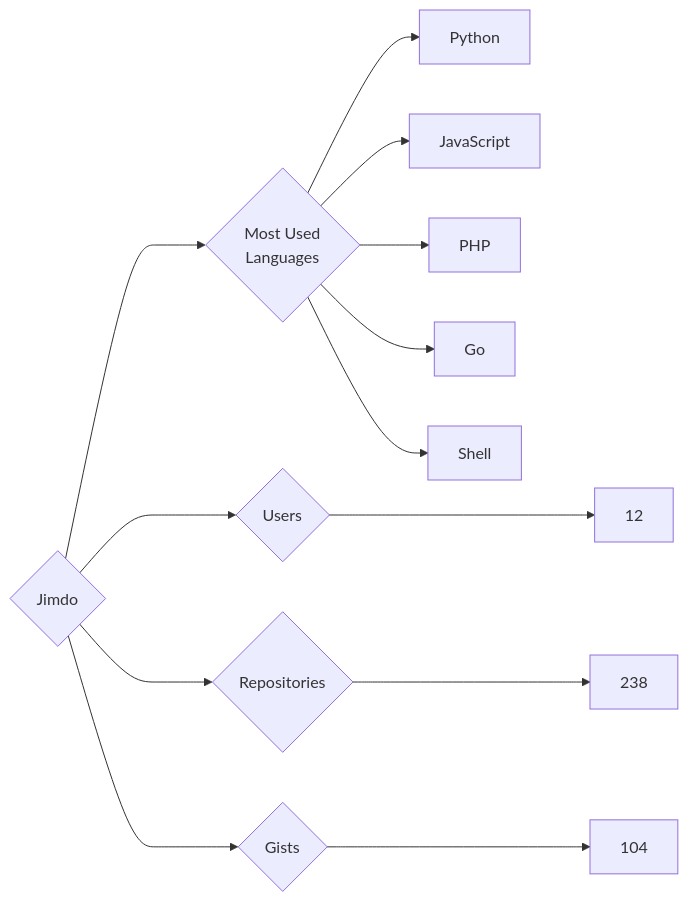
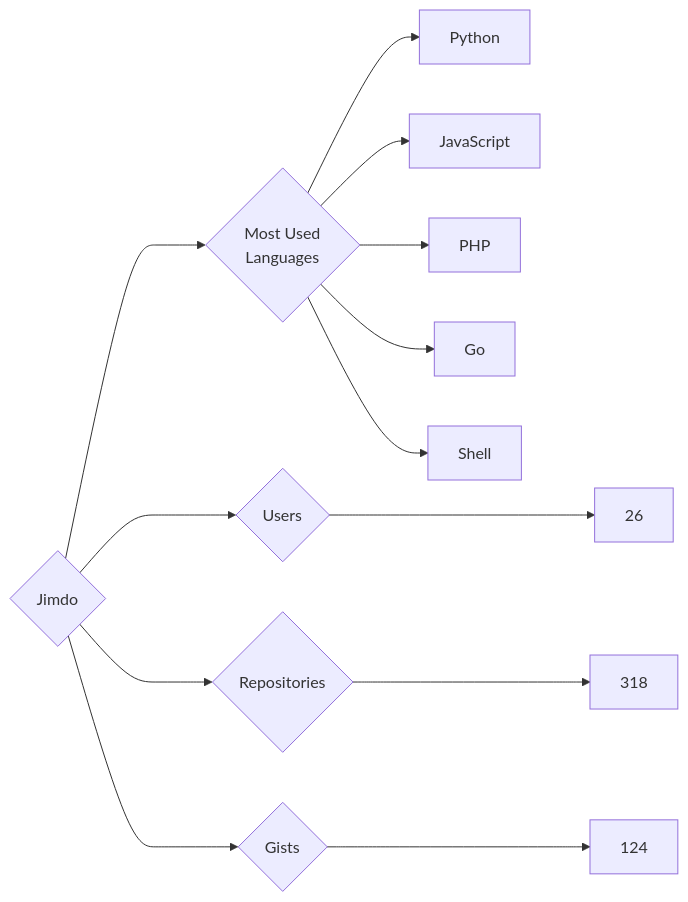
One commit to trickest/insiders changed the diagram in targets/Jimdo/README.md. Above: the diagram before and after it, drawn with Mermaid. The commit also changed 900 other files, not shown here.

````diff
--- a/targets/Jimdo/README.md
+++ b/targets/Jimdo/README.md
@@ -3,13 +3,13 @@
 ```mermaid
 graph LR
 COMPANY_NAME{Jimdo}
-COMPANY_NAME ---> U{Users} ---> UN[12]
-COMPANY_NAME ---> R{Repositories} ---> RN[238]
-COMPANY_NAME ---> G{Gists} ---> GN[104]
+COMPANY_NAME ---> U{Users} ---> UN[26]
+COMPANY_NAME ---> R{Repositories} ---> RN[318]
+COMPANY_NAME ---> G{Gists} ---> GN[124]
 COMPANY_NAME ---> ML{Most Used<br>Languages}
 ML --> Python[Python]
 ML --> JavaScript[JavaScript]
 ML --> PHP[PHP]
 ML --> Go[Go]
 ML --> Shell[Shell]
 ```
````
